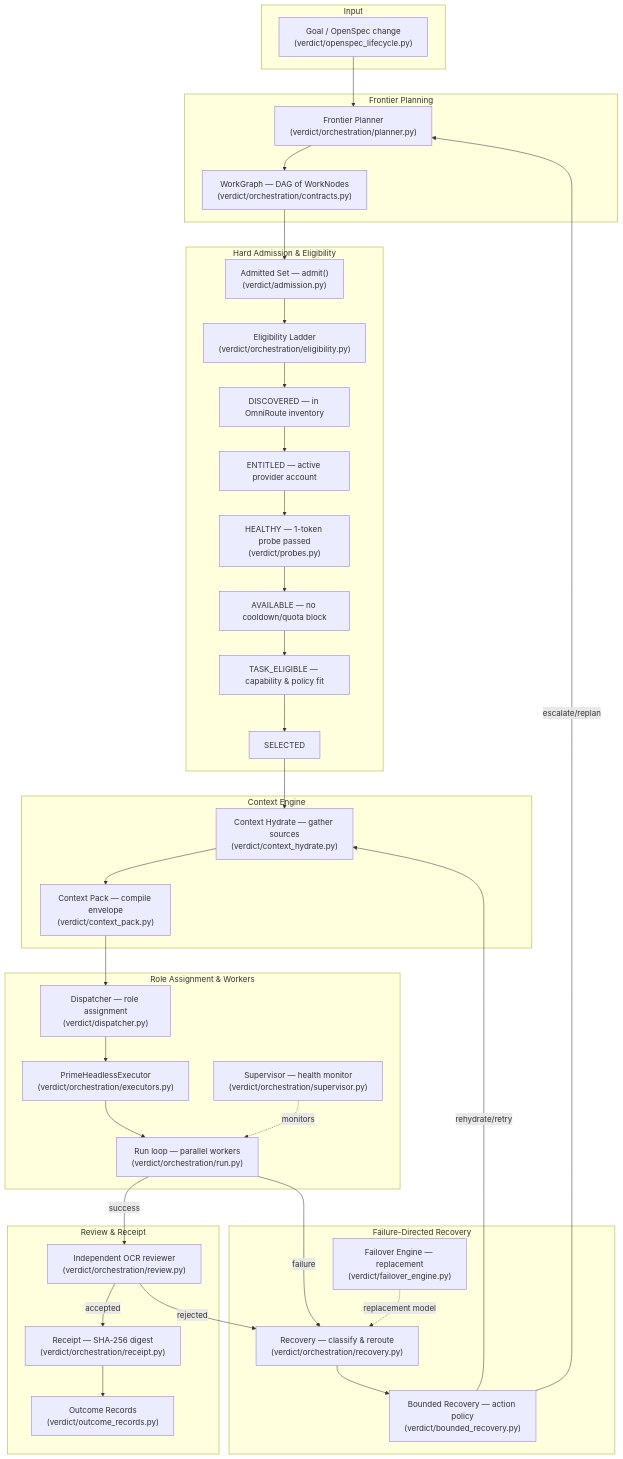
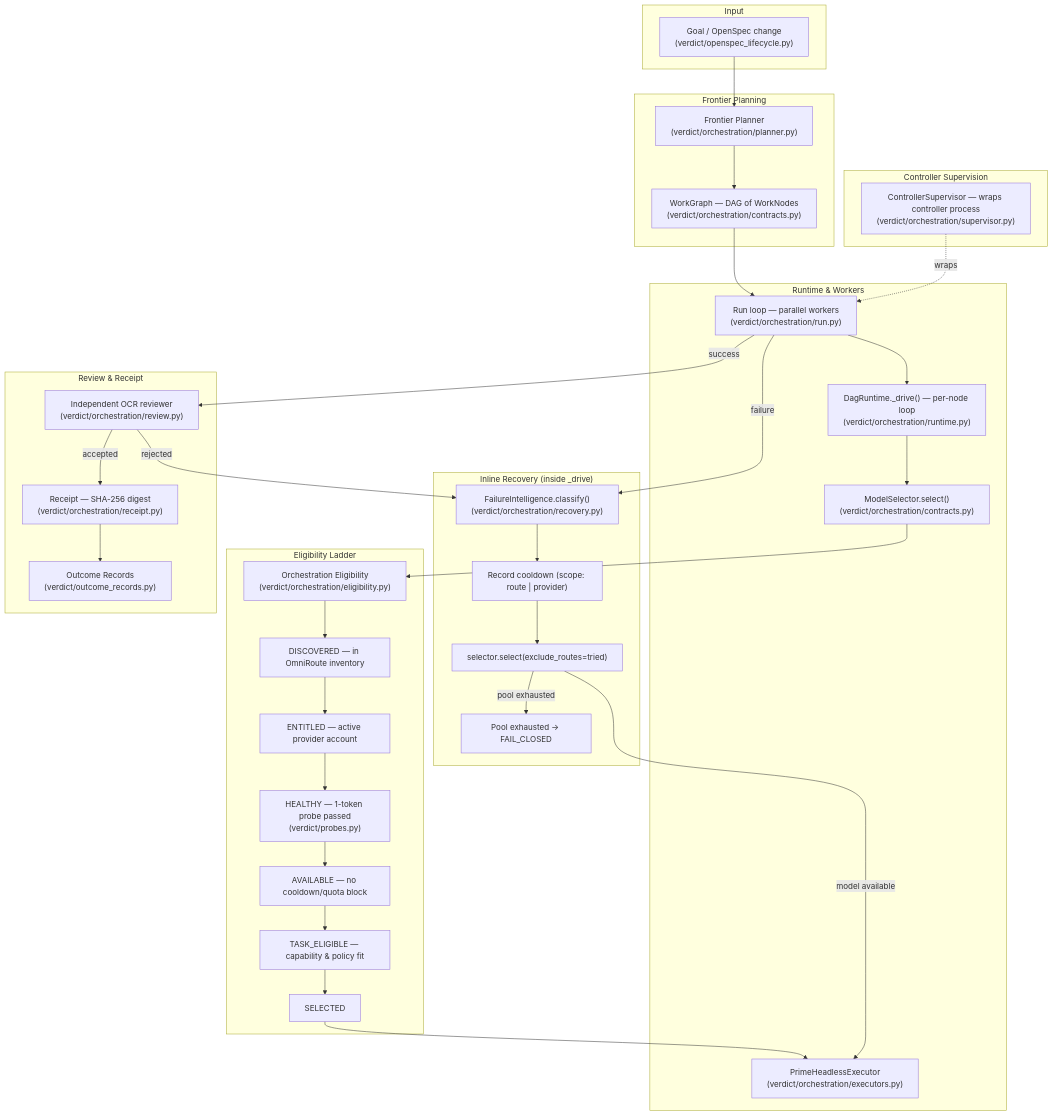
Before and after one commit to mrnicholasbcarter-code/verdict-core: the diagram in docs/diagrams/goal-to-receipt.md, drawn with Mermaid. The commit also changed 2 other files, not shown here.

Commit message:
fix(docs): address review B1-B4/N1 — remove fabricated participants, fix arrows
B1/B4: Remove FailoverEngine and BoundedRecoveryController from failover
sequence and goal-to-receipt diagrams. Show real inline _drive() loop:
classify -> cooldown(scope) -> selector.select(tried) -> launch gate ->
redispatch; pool exhausted -> FAIL_CLOSED.

B2: Remove Supervisor from per-node sequence. Show ControllerSupervisor
wrapping the controller process, not individual workers.

B3: Change eligibility arrow from ORCH_PLAN to ORCH_RUN (runtime calls
ModelSelector which runs the eligibility ladder, not planner).

N1: Relabel Cockpit from Fixture-Only Viewer to Decision & Outcome Log
Viewer. Dashboard reads verdict-decisions.jsonl + verdict-outcomes.jsonl
(live serve output), not benchmark fixtures.

````diff
--- a/docs/diagrams/goal-to-receipt.md
+++ b/docs/diagrams/goal-to-receipt.md
@@ -5,67 +5,64 @@
 ```mermaid
 flowchart TD
     subgraph Input
         GOAL["Goal / OpenSpec change\n(verdict/openspec_lifecycle.py)"]
     end
 
     subgraph Planning ["Frontier Planning"]
         PLANNER["Frontier Planner\n(verdict/orchestration/planner.py)"]
         WORKGRAPH["WorkGraph — DAG of WorkNodes\n(verdict/orchestration/contracts.py)"]
     end
 
-    subgraph Admission ["Hard Admission & Eligibility"]
-        ADMIT["Admitted Set — admit()\n(verdict/admission.py)"]
-        ELIGIBILITY["Eligibility Ladder\n(verdict/orchestration/eligibility.py)"]
+    subgraph Execution ["Runtime & Workers"]
+        RUNTIME["DagRuntime._drive() — per-node loop\n(verdict/orchestration/runtime.py)"]
+        SELECTOR["ModelSelector.select()\n(verdict/orchestration/contracts.py)"]
+        EXECUTORS["PrimeHeadlessExecutor\n(verdict/orchestration/executors.py)"]
+        RUN["Run loop — parallel workers\n(verdict/orchestration/run.py)"]
+    end
+
+    subgraph Eligibility ["Eligibility Ladder"]
+        ELIG["Orchestration Eligibility\n(verdict/orchestration/eligibility.py)"]
         STAGE_D["DISCOVERED — in OmniRoute inventory"]
         STAGE_E["ENTITLED — active provider account"]
         STAGE_H["HEALTHY — 1-token probe passed\n(verdict/probes.py)"]
         STAGE_A["AVAILABLE — no cooldown/quota block"]
         STAGE_T["TASK_ELIGIBLE — capability & policy fit"]
         STAGE_S["SELECTED"]
     end
 
-    subgraph Context ["Context Engine"]
-        HYDRATE["Context Hydrate — gather sources\n(verdict/context_hydrate.py)"]
-        PACK["Context Pack — compile envelope\n(verdict/context_pack.py)"]
-    end
-
-    subgraph Dispatch ["Role Assignment & Workers"]
-        DISPATCH["Dispatcher — role assignment\n(verdict/dispatcher.py)"]
-        EXECUTORS["PrimeHeadlessExecutor\n(verdict/orchestration/executors.py)"]
-        SUPERVISOR["Supervisor — health monitor\n(verdict/orchestration/supervisor.py)"]
-        RUN["Run loop — parallel workers\n(verdict/orchestration/run.py)"]
-    end
-
-    subgraph Recovery ["Failure-Directed Recovery"]
-        RECOVERY["Recovery — classify & reroute\n(verdict/orchestration/recovery.py)"]
-        BOUNDED["Bounded Recovery — action policy\n(verdict/bounded_recovery.py)"]
-        FAILOVER["Failover Engine — replacement\n(verdict/failover_engine.py)"]
+    subgraph Recovery ["Inline Recovery (inside _drive)"]
+        CLASSIFY["FailureIntelligence.classify()\n(verdict/orchestration/recovery.py)"]
+        COOLDOWN["Record cooldown (scope: route | provider)"]
+        RESELECT["selector.select(exclude_routes=tried)"]
+        FAILCLOSED["Pool exhausted → FAIL_CLOSED"]
     end
 
     subgraph Verification ["Review & Receipt"]
         REVIEW["Independent OCR reviewer\n(verdict/orchestration/review.py)"]
         RECEIPT["Receipt — SHA-256 digest\n(verdict/orchestration/receipt.py)"]
         OUTCOME["Outcome Records\n(verdict/outcome_records.py)"]
     end
 
+    subgraph Controller ["Controller Supervision"]
+        SUP["ControllerSupervisor — wraps controller process\n(verdict/orchestration/supervisor.py)"]
+    end
+
     GOAL --> PLANNER
     PLANNER --> WORKGRAPH
-    WORKGRAPH --> ADMIT
-    ADMIT --> ELIGIBILITY
-    ELIGIBILITY --> STAGE_D --> STAGE_E --> STAGE_H --> STAGE_A --> STAGE_T --> STAGE_S
-    STAGE_S --> HYDRATE
-    HYDRATE --> PACK
-    PACK --> DISPATCH
-    DISPATCH --> EXECUTORS
-    EXECUTORS --> RUN
-    SUPERVISOR -.->|monitors| RUN
+    WORKGRAPH --> RUN
+    RUN --> RUNTIME
+    RUNTIME --> SELECTOR
+    SELECTOR --> ELIG
+    ELIG --> STAGE_D --> STAGE_E --> STAGE_H --> STAGE_A --> STAGE_T --> STAGE_S
+    STAGE_S --> EXECUTORS
     RUN -->|success| REVIEW
-    RUN -->|failure| RECOVERY
-    RECOVERY --> BOUNDED
-    BOUNDED -->|rehydrate/retry| HYDRATE
-    BOUNDED -->|escalate/replan| PLANNER
-    FAILOVER -.->|replacement model| RECOVERY
+    RUN -->|failure| CLASSIFY
+    CLASSIFY --> COOLDOWN
+    COOLDOWN --> RESELECT
+    RESELECT -->|model available| EXECUTORS
+    RESELECT -->|pool exhausted| FAILCLOSED
     REVIEW -->|accepted| RECEIPT
-    REVIEW -->|rejected| RECOVERY
+    REVIEW -->|rejected| CLASSIFY
     RECEIPT --> OUTCOME
+    SUP -.->|wraps| RUN
 ```
````
